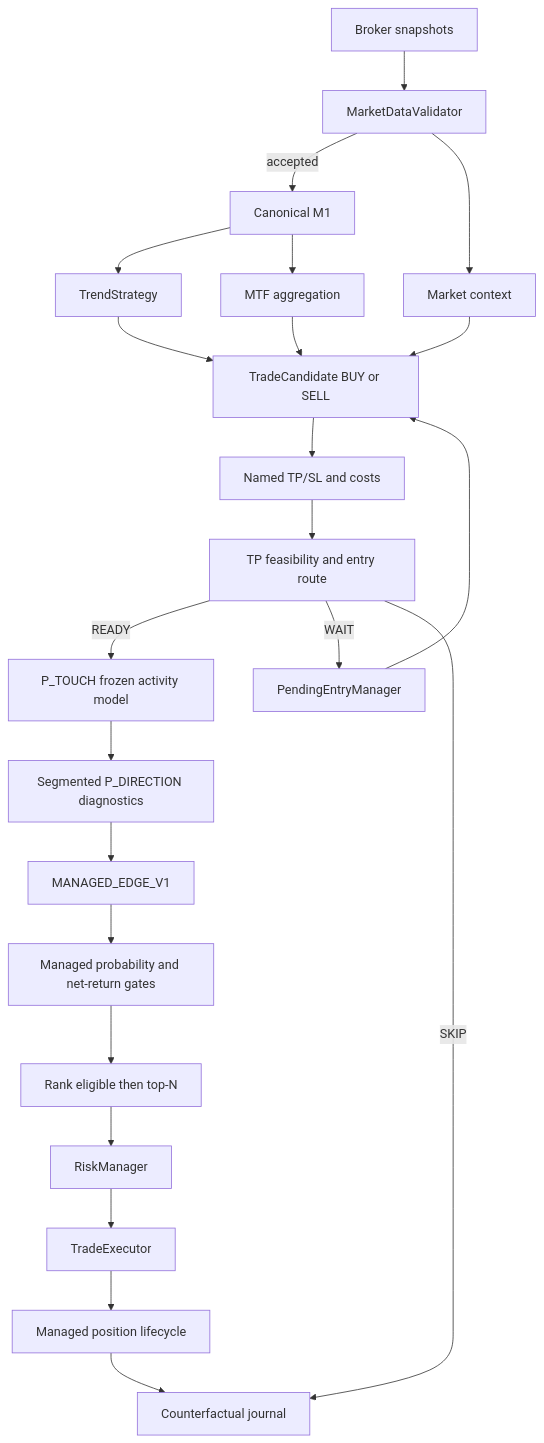
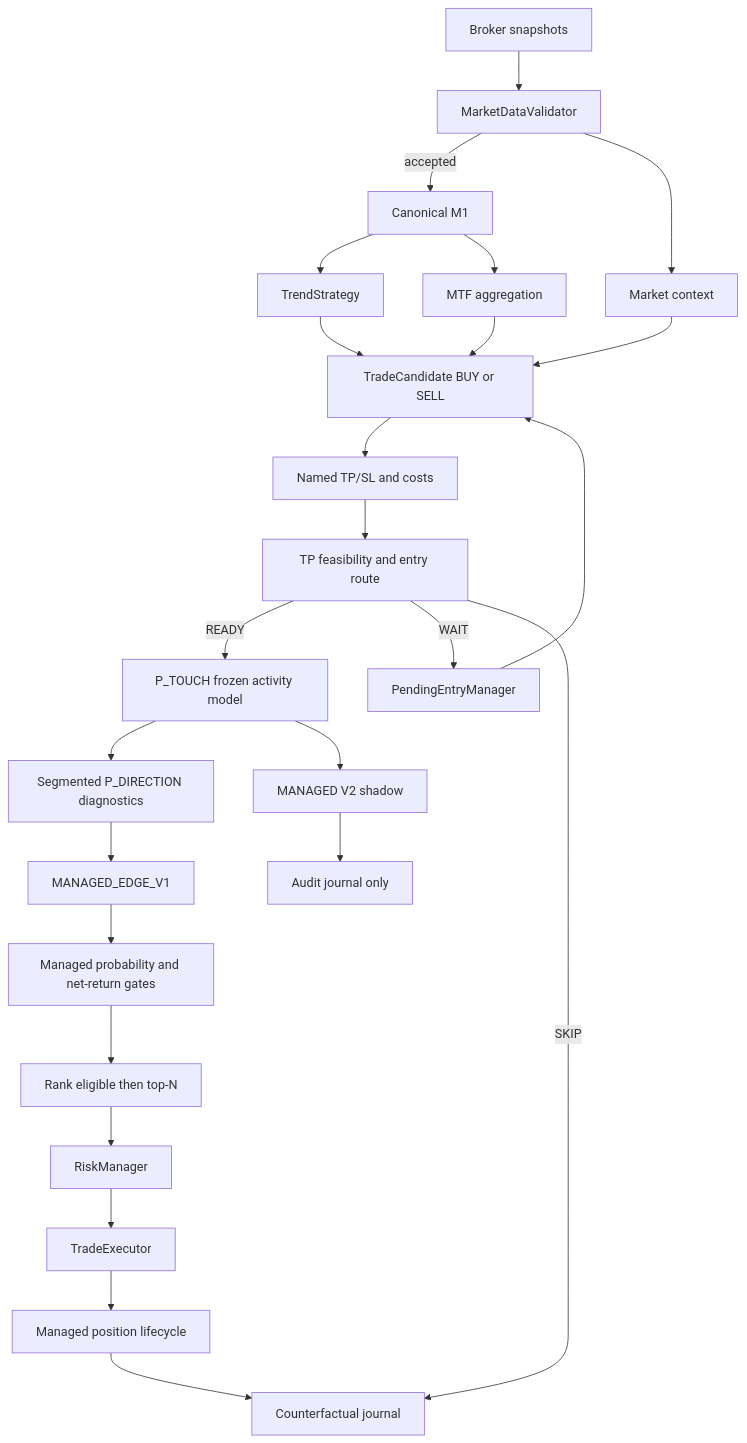
One commit to Kaesarou/goblin changed the diagram in README.md. Above: the diagram before and after it, drawn with Mermaid. The commit also changed other lines of this file and 66 other files, not shown here.

Commit message:
Add frozen MANAGED V2 shadow challenger

````diff
--- a/README.md
+++ b/README.md
@@ -45,25 +47,27 @@
 ```mermaid
 flowchart TD
     A[Broker snapshots] --> B[MarketDataValidator]
     B -->|accepted| C[Canonical M1]
     B --> D[Market context]
     C --> E[TrendStrategy]
     C --> F[MTF aggregation]
     E --> G[TradeCandidate BUY or SELL]
     D --> G
     F --> G
     G --> H[Named TP/SL and costs]
     H --> I[TP feasibility and entry route]
     I -->|READY| J[P_TOUCH frozen activity model]
     I -->|WAIT| K[PendingEntryManager]
     I -->|SKIP| L[Counterfactual journal]
     J --> M[Segmented P_DIRECTION diagnostics]
     M --> N[MANAGED_EDGE_V1]
+    J --> V[MANAGED V2 shadow]
+    V --> W[Audit journal only]
     N --> O[Managed probability and net-return gates]
     O --> P[Rank eligible then top-N]
     K --> G
     P --> Q[RiskManager]
     Q --> R[TradeExecutor]
     R --> S[Managed position lifecycle]
     S --> L
 ```
````
